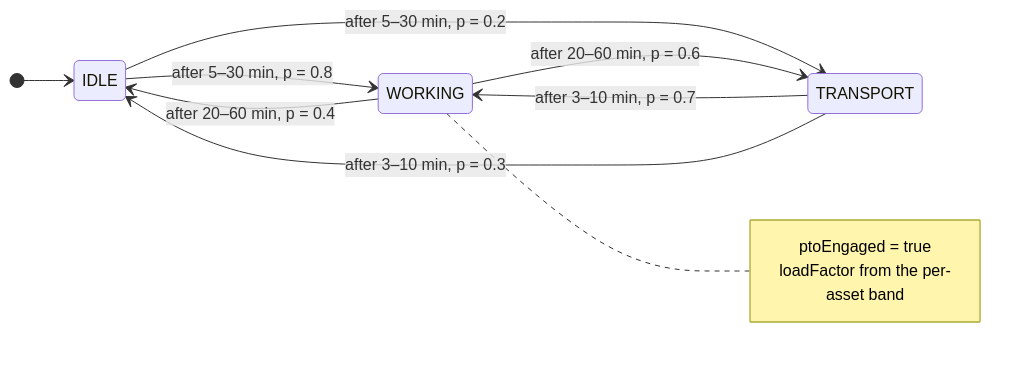
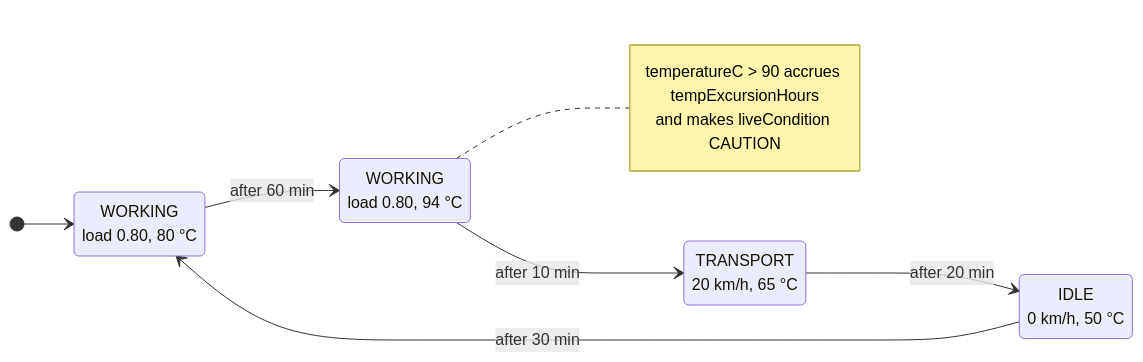
Before and after one commit to mariolagge/agri-fleet-analytics: the fourth of 5 diagrams in docs/SYSTEM-MODEL.md, drawn with Mermaid. The commit also changed other lines of this file and 54 other files, not shown here.

````diff
--- a/docs/SYSTEM-MODEL.md
+++ b/docs/SYSTEM-MODEL.md
@@ -120,15 +120,17 @@
 ```mermaid
 stateDiagram-v2
     direction LR
-    [*] --> IDLE
-    IDLE --> WORKING : after 5–30 min, p = 0.8
-    IDLE --> TRANSPORT : after 5–30 min, p = 0.2
-    WORKING --> TRANSPORT : after 20–60 min, p = 0.6
-    WORKING --> IDLE : after 20–60 min, p = 0.4
-    TRANSPORT --> WORKING : after 3–10 min, p = 0.7
-    TRANSPORT --> IDLE : after 3–10 min, p = 0.3
-    note right of WORKING
-        ptoEngaged = true
-        loadFactor from the per-asset band
+    state "WORKING<br/>load 0.80, 80 °C" as WorkingHeavy
+    state "WORKING<br/>load 0.80, 94 °C" as WorkingHot
+    state "TRANSPORT<br/>20 km/h, 65 °C" as Transport
+    state "IDLE<br/>0 km/h, 50 °C" as Idle
+    [*] --> WorkingHeavy
+    WorkingHeavy --> WorkingHot : after 60 min
+    WorkingHot --> Transport : after 10 min
+    Transport --> Idle : after 20 min
+    Idle --> WorkingHeavy : after 30 min
+    note right of WorkingHot
+        temperatureC > 90 accrues tempExcursionHours
+        and makes liveCondition CAUTION
     end note
 ```
````
